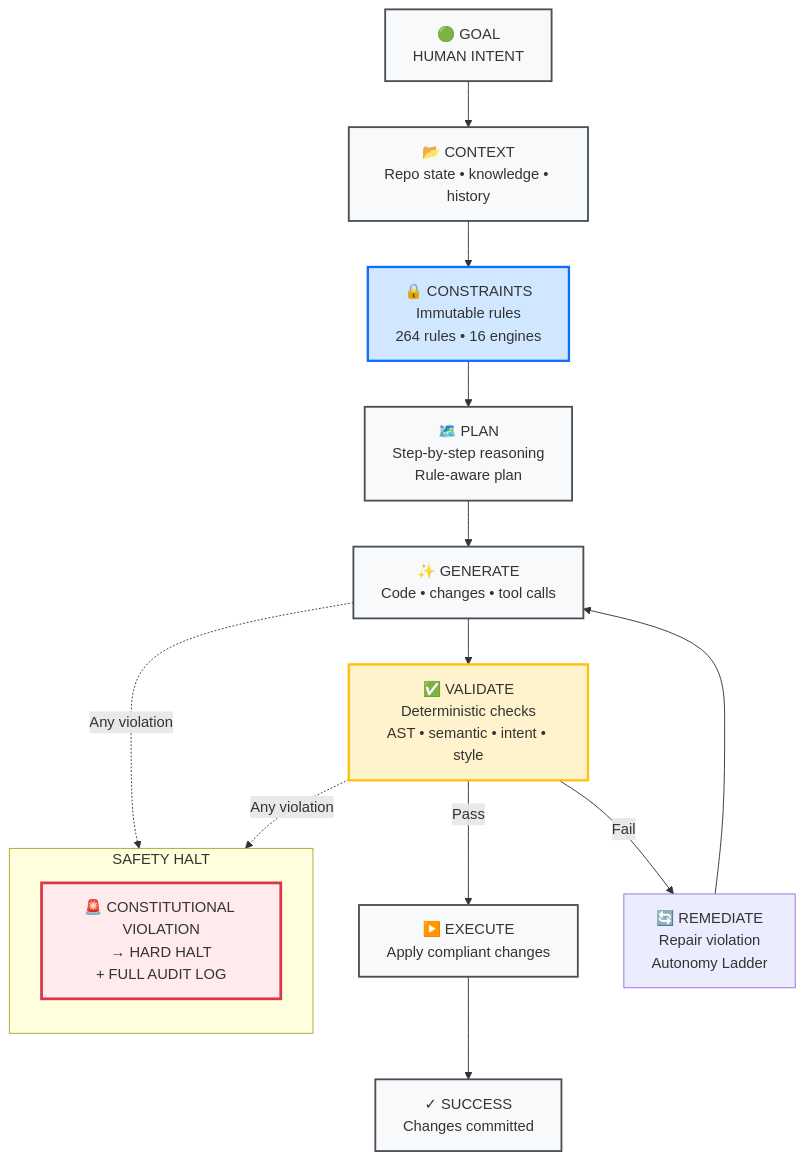
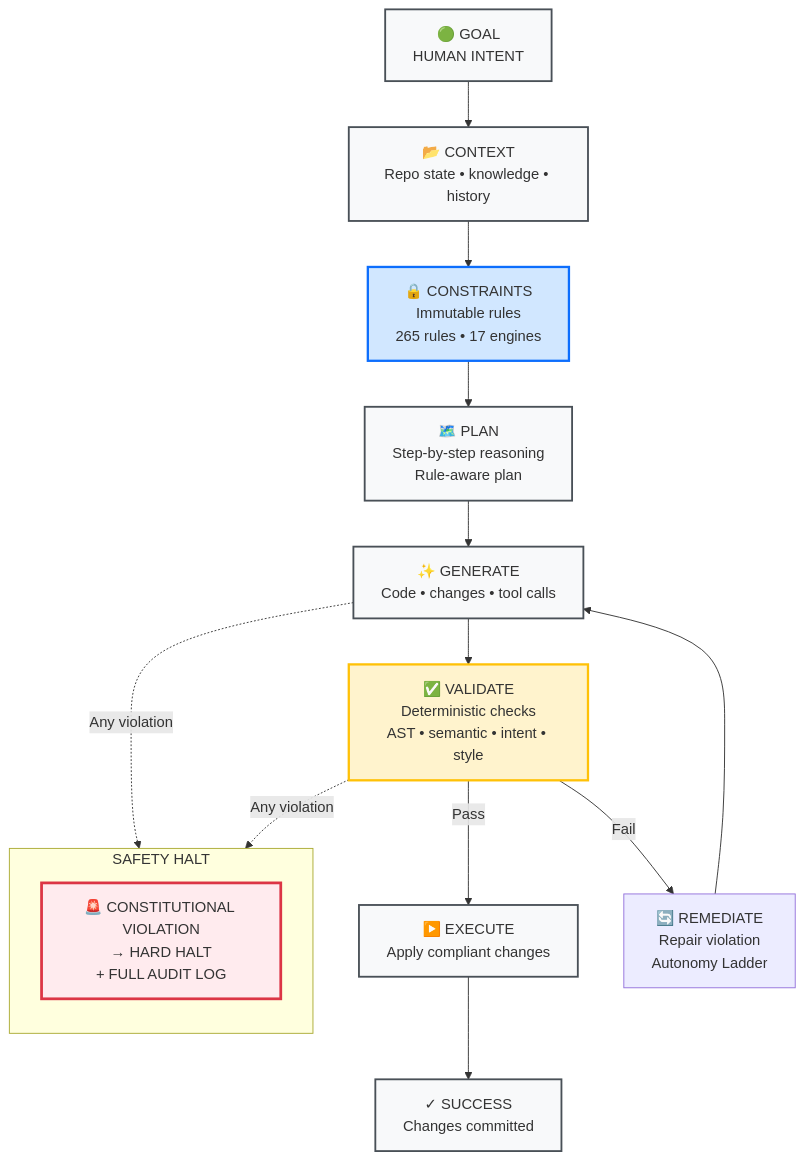
One commit to DariuszNewecki/CORE changed the diagram in README.md. Above: the diagram before and after it, drawn with Mermaid. The commit also changed other lines of this file and 1 other file, not shown here.

````diff
--- a/README.md
+++ b/README.md
@@ -178,30 +178,30 @@
 ```mermaid
 flowchart TD
     A["🟢 GOAL\nHUMAN INTENT"] --> B["📂 CONTEXT\nRepo state • knowledge • history"]
-    B --> C["🔒 CONSTRAINTS\nImmutable rules\n264 rules • 16 engines"]
+    B --> C["🔒 CONSTRAINTS\nImmutable rules\n265 rules • 17 engines"]
     C --> D["🗺️ PLAN\nStep-by-step reasoning\nRule-aware plan"]
     D --> E["✨ GENERATE\nCode • changes • tool calls"]
     E --> F["✅ VALIDATE\nDeterministic checks\nAST • semantic • intent • style"]
     F -->|Pass| G["▶️ EXECUTE\nApply compliant changes"]
     F -->|Fail| H["🔄 REMEDIATE\nRepair violation\nAutonomy Ladder"]
     H --> E
     G --> I["✓ SUCCESS\nChanges committed"]
 
     subgraph "SAFETY HALT"
         direction TB
         J["🚨 CONSTITUTIONAL VIOLATION\n→ HARD HALT\n+ FULL AUDIT LOG"]
     end
 
     E -.->|Any violation| J
     F -.->|Any violation| J
 
     classDef phase      fill:#f8f9fa,stroke:#495057,stroke-width:2px
     classDef constraint fill:#d1e7ff,stroke:#0d6efd,stroke-width:2.5px
     classDef validate   fill:#fff3cd,stroke:#ffc107,stroke-width:2.5px
     classDef halt       fill:#ffebee,stroke:#dc3545,stroke-width:3px
 
     class A,B,D,E,G,I phase
     class C constraint
     class F validate
     class J halt
 ```
````
